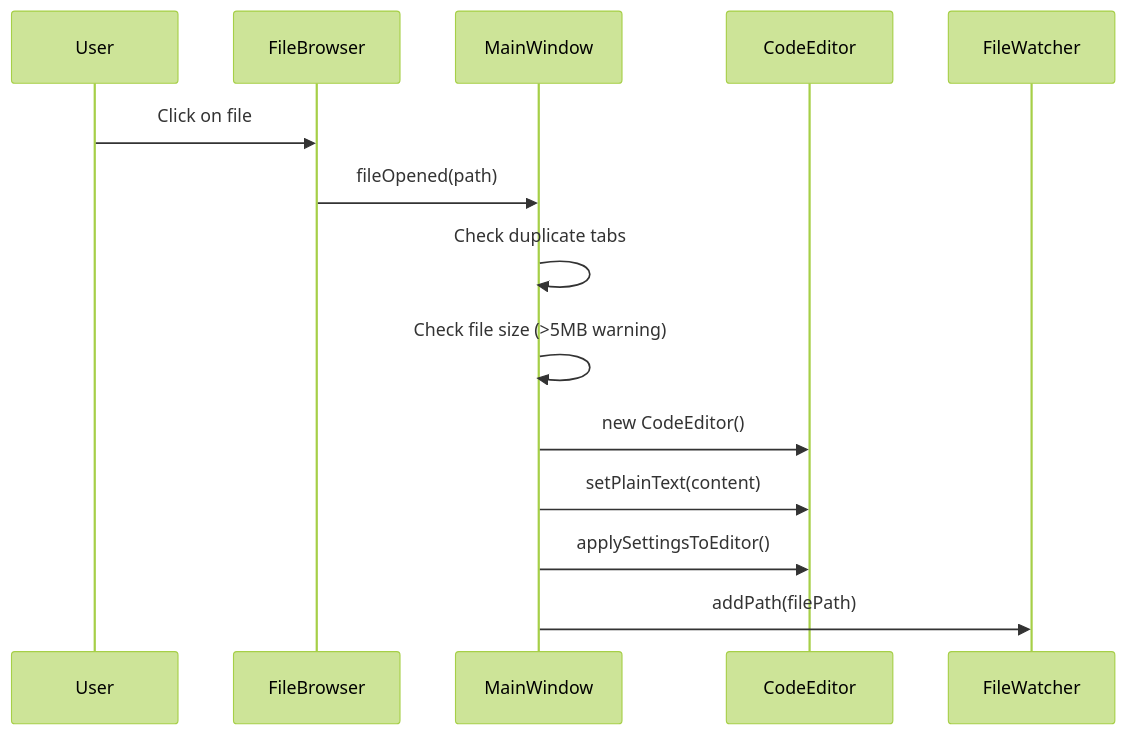
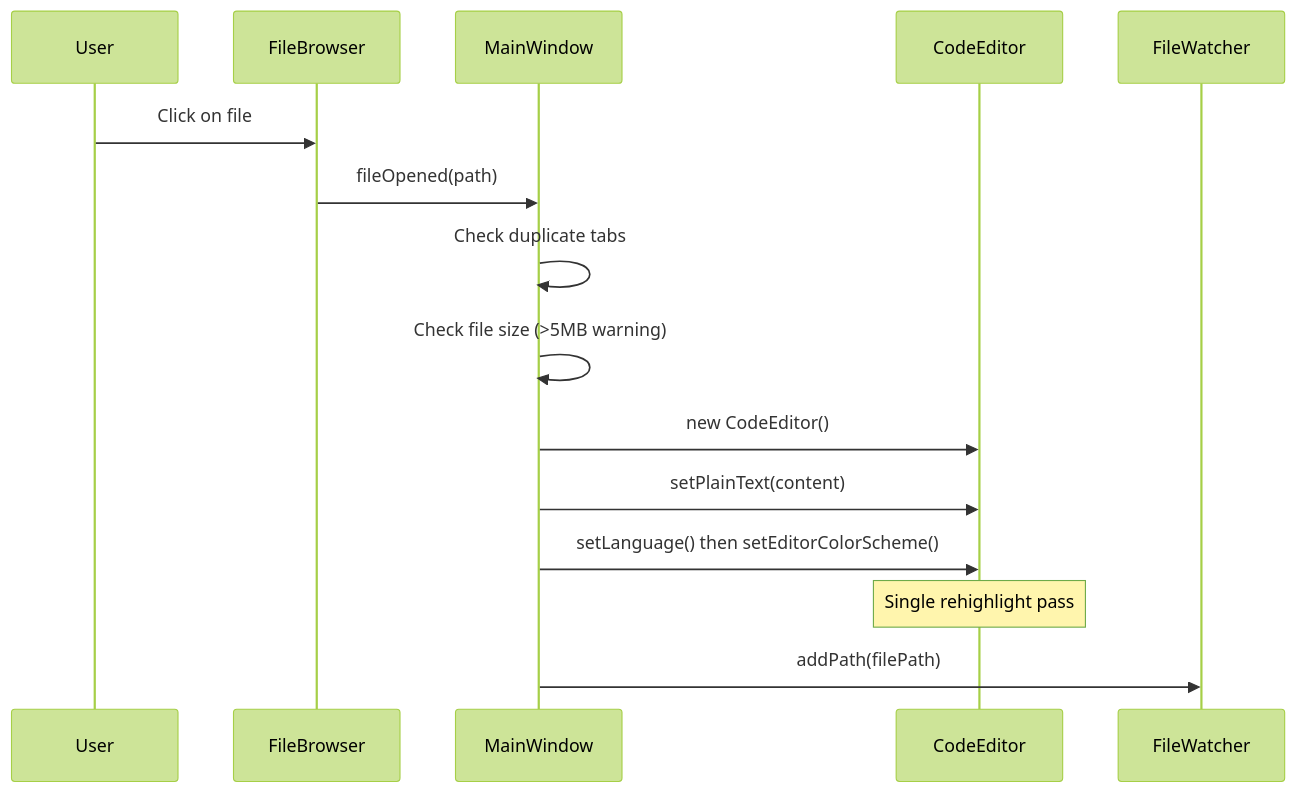
The tenth of 13 diagrams in docs/diagrams.md (dkrse/vibe-coder), drawn with Mermaid (forest theme) before and after one commit. The commit also changed other lines of this file and 20 other files, not shown here.

````diff
--- a/docs/diagrams.md
+++ b/docs/diagrams.md
@@ -145,17 +304,18 @@
 ```mermaid
 sequenceDiagram
     participant User
     participant FileBrowser
     participant MainWindow
     participant CodeEditor
     participant FileWatcher
 
     User->>FileBrowser: Click on file
     FileBrowser->>MainWindow: fileOpened(path)
     MainWindow->>MainWindow: Check duplicate tabs
     MainWindow->>MainWindow: Check file size (>5MB warning)
     MainWindow->>CodeEditor: new CodeEditor()
     MainWindow->>CodeEditor: setPlainText(content)
-    MainWindow->>CodeEditor: applySettingsToEditor()
+    MainWindow->>CodeEditor: setLanguage() then setEditorColorScheme()
+    Note over CodeEditor: Single rehighlight pass
     MainWindow->>FileWatcher: addPath(filePath)
 ```
````
